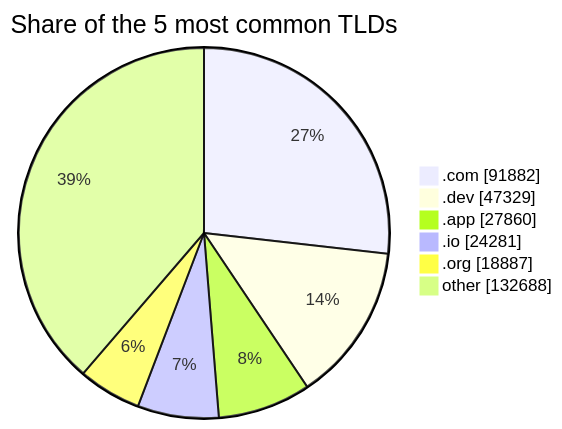
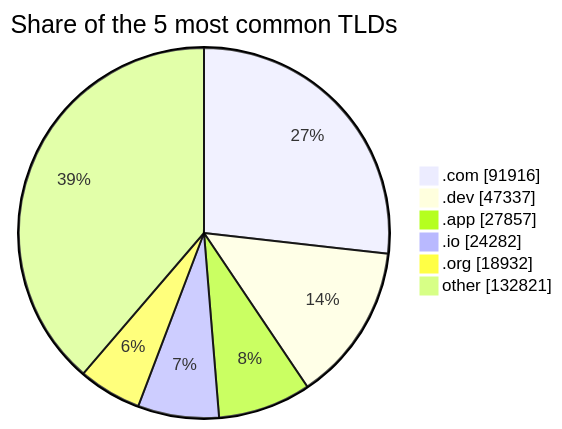
One commit to DNSBunker/CTI changed the third of 3 diagrams in README.md. Above: the diagram before and after it, drawn with Mermaid. The commit also changed other lines of this file and 3 other files, not shown here.

````diff
--- a/README.md
+++ b/README.md
@@ -81,9 +81,9 @@
 ```mermaid
 pie showData title Share of the 5 most common TLDs
-    ".com" : 91882
-    ".dev" : 47329
-    ".app" : 27860
-    ".io" : 24281
-    ".org" : 18887
-    "other" : 132688
+    ".com" : 91916
+    ".dev" : 47337
+    ".app" : 27857
+    ".io" : 24282
+    ".org" : 18932
+    "other" : 132821
 ```
````
